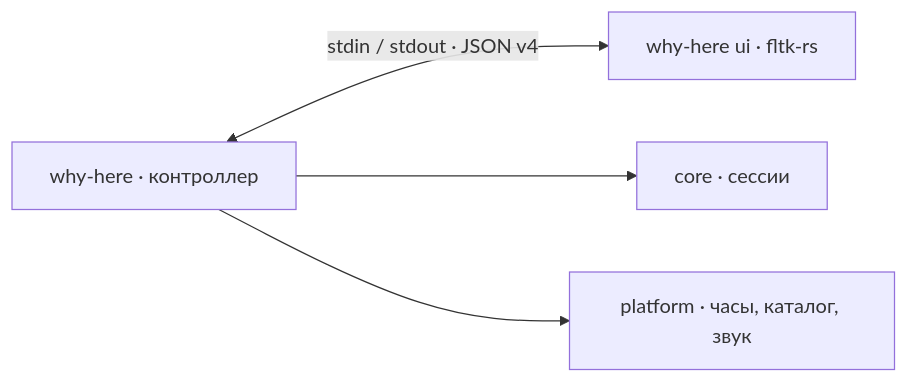
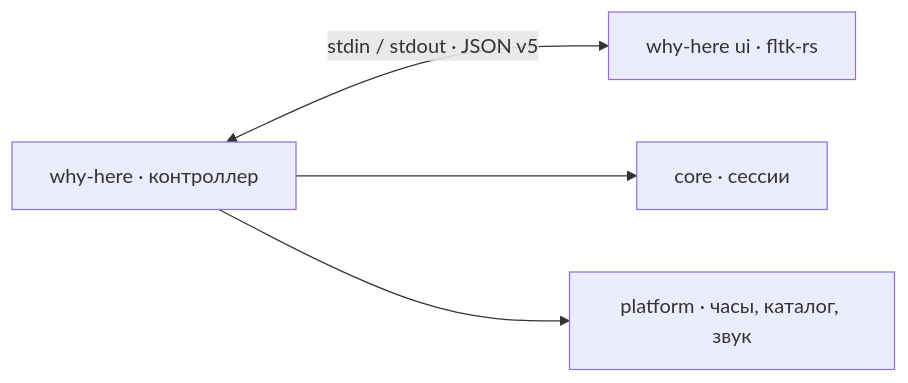
Before and after one commit to hlophlopgaming/why-i-m-here-RS: the diagram in README.ru.md, drawn with Mermaid. The commit also changed other lines of this file and 24 other files, not shown here.

````diff
--- a/README.ru.md
+++ b/README.ru.md
@@ -231,6 +238,6 @@
 ```mermaid
 flowchart LR
-    D["why-here · контроллер"] <-->|"stdin / stdout · JSON v4"| U["why-here ui · fltk-rs"]
+    D["why-here · контроллер"] <-->|"stdin / stdout · JSON v5"| U["why-here ui · fltk-rs"]
     D --> C["core · сессии"]
     D --> P["platform · часы, каталог, звук"]
 ```
````
